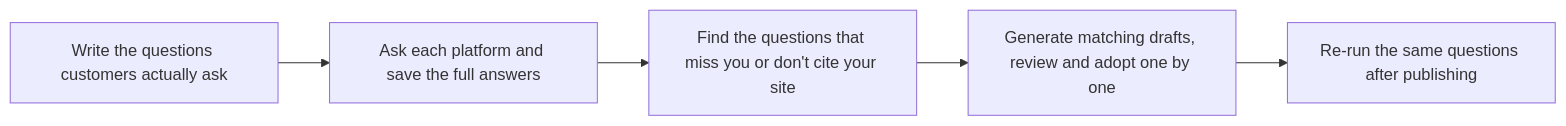
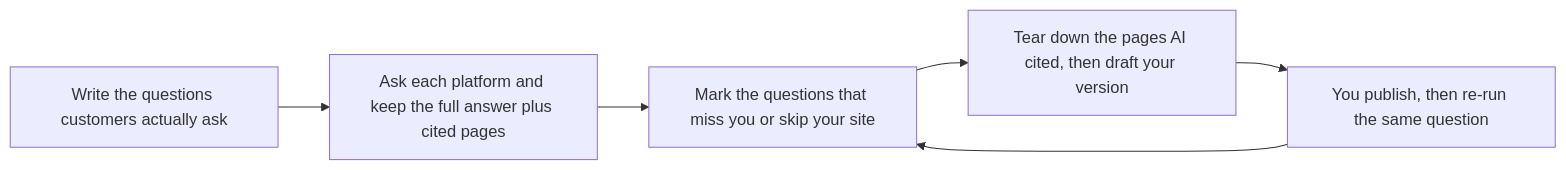
Before and after one commit to cooleryu/opengeo: the diagram in README.md, drawn with Mermaid. The commit also changed other lines of this file and 2 other files, not shown here.

Commit message:
docs: publish README.md, docs/getting-started.md via OpenGEO

````diff
--- a/README.md
+++ b/README.md
@@ -48,7 +51,8 @@
 ```mermaid
 flowchart LR
-    A["Write the questions customers actually ask"] --> B["Ask each platform and save the full answers"]
-    B --> C["Find the questions that miss you or don't cite your site"]
-    C --> D["Generate matching drafts, review and adopt one by one"]
-    D --> E["Re-run the same questions after publishing"]
+    A["Write the questions customers actually ask"] --> B["Ask each platform and keep the full answer plus cited pages"]
+    B --> C["Mark the questions that miss you or skip your site"]
+    C --> D["Tear down the pages AI cited, then draft your version"]
+    D --> E["You publish, then re-run the same question"]
+    E --> C
 ```
````
